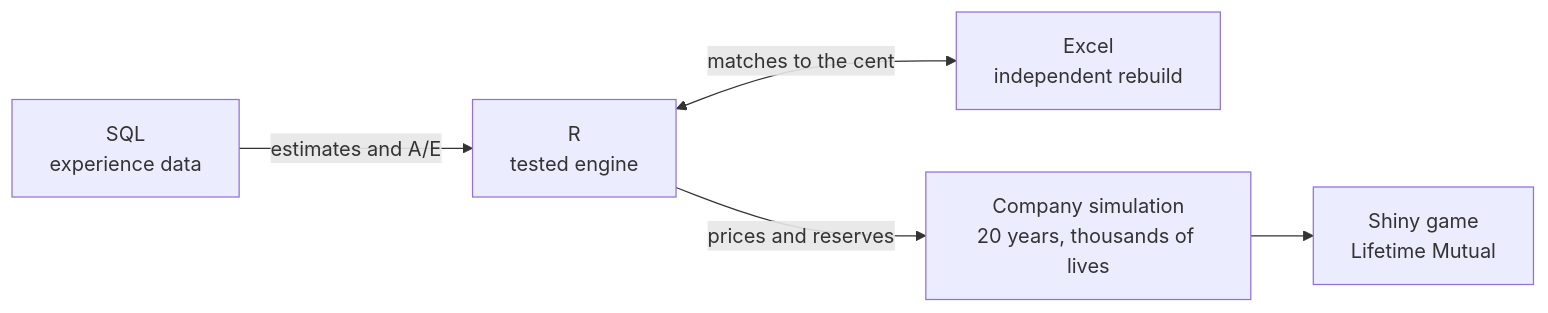
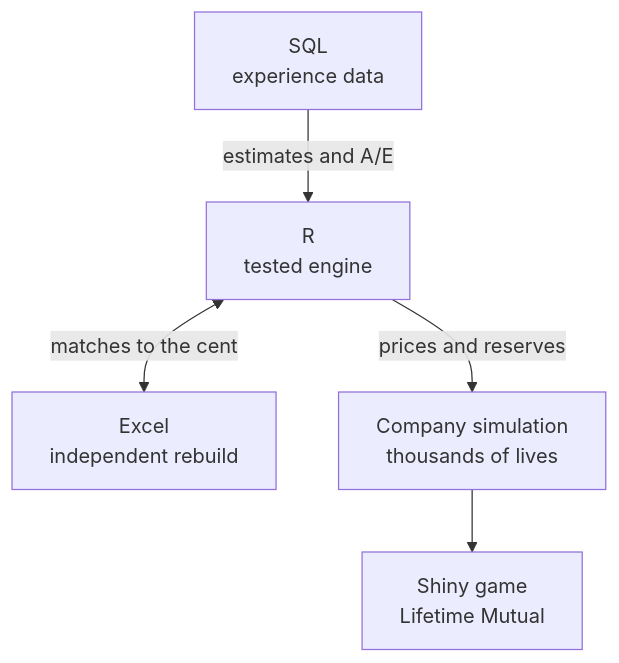
One commit to soodpratham10/odds-of-a-lifetime changed the diagram in README.md. Above: the diagram before and after it, drawn with Mermaid.

Commit message:
Fit the diagram on the page

````diff
--- a/README.md
+++ b/README.md
@@ -54,7 +54,7 @@
 ```mermaid
-flowchart LR
+flowchart TB
     SQL["SQL<br/>experience data"] -->|"estimates and A/E"| R["R<br/>tested engine"]
     R <-->|"matches to the cent"| XL["Excel<br/>independent rebuild"]
-    R -->|"prices and reserves"| SIM["Company simulation<br/>20 years, thousands of lives"]
+    R -->|"prices and reserves"| SIM["Company simulation<br/>thousands of lives"]
     SIM --> GAME["Shiny game<br/>Lifetime Mutual"]
 ```
````
